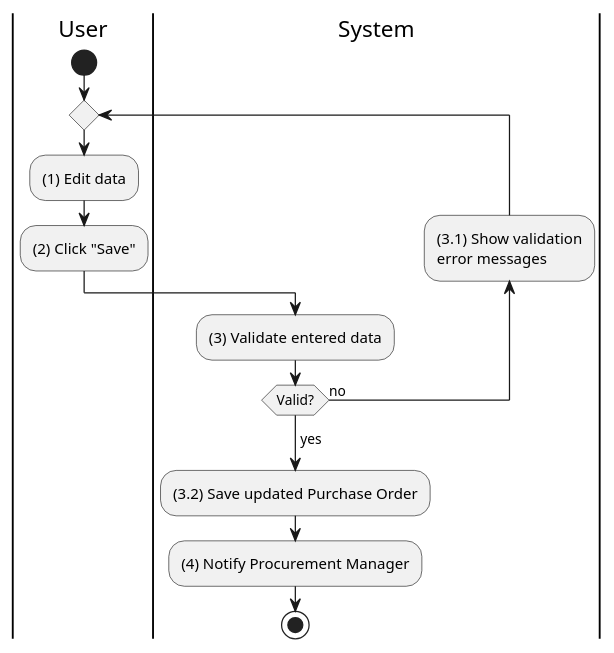
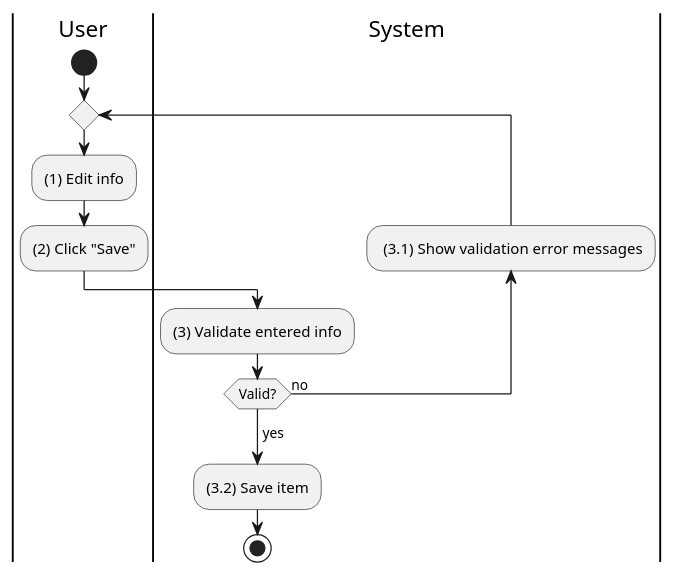
One commit to phihungha/scmss-reqs changed the diagram in activities/purchase-order-update.plantuml. Above: the diagram before and after it, drawn with PlantUML. The commit also changed 9 other files, not shown here.

Commit message:
Improve purchase order activities

```diff
--- a/activities/purchase-order-update.plantuml
+++ b/activities/purchase-order-update.plantuml
@@ -1,20 +1,17 @@
 @startuml purchase-order-update
 |u|User
 |s|System
 
 |u|
 start
 repeat
-    :(1) Edit data;
+    :(1) Edit info;
     :(2) Click "Save";
-
     |s|
-    :(3) Validate entered data;
-    backward:(3.1) Show validation
-    error messages;
+    :(3) Validate entered info;
+    backward: (3.1) Show validation error messages;
 repeat while (Valid?) is (no)
 ->yes;
-:(3.2) Save updated Purchase Order;
-:(4) Notify Procurement Manager;
+:(3.2) Save item;
 stop
 @enduml
```
